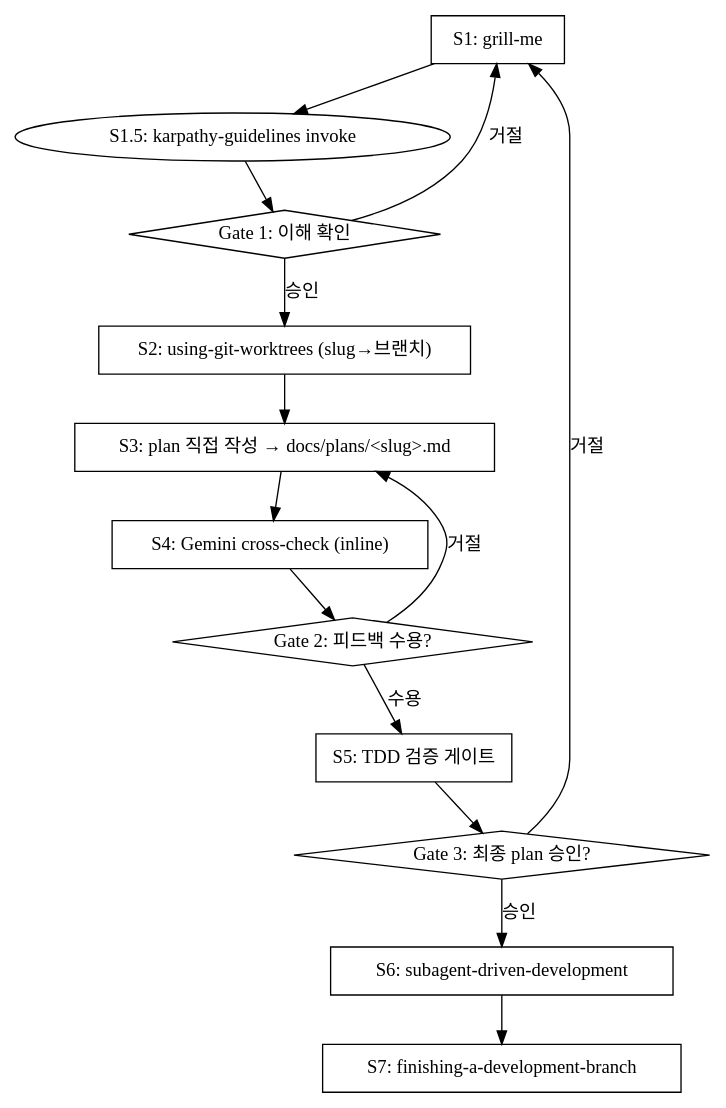
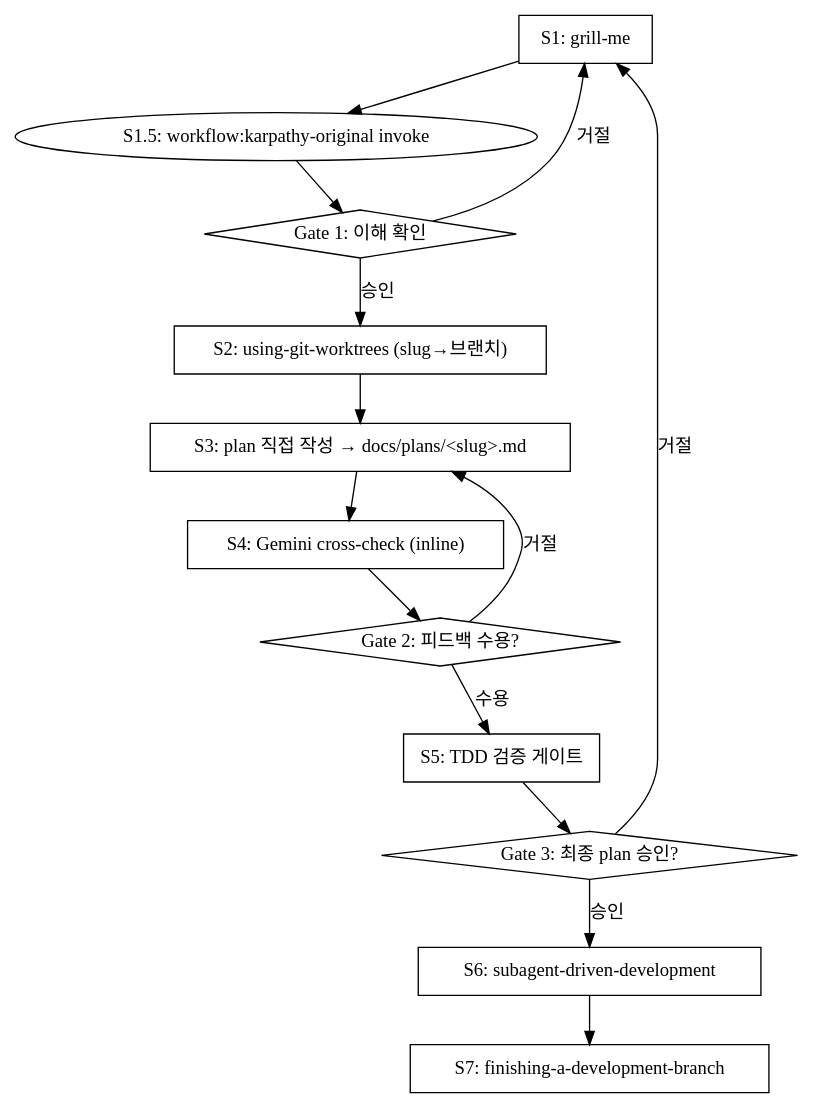
Before and after one commit to ppzxc/engineering-guidelines: the diagram in plugins/workflow/skills/feature-pipeline/SKILL.md, drawn with Graphviz. The commit also changed other lines of this file and 10 other files, not shown here.

First line of the commit message:
feat(workflow): replace external karpathy dep with workflow:karpathy-original (verbatim 11 principles)

````diff
--- a/plugins/workflow/skills/feature-pipeline/SKILL.md
+++ b/plugins/workflow/skills/feature-pipeline/SKILL.md
@@ -35,29 +35,29 @@
 ```dot
 digraph pipeline {
     rankdir=TB;
     "S1: grill-me" [shape=box];
     "Gate 1: 이해 확인" [shape=diamond];
     "S2: using-git-worktrees (slug→브랜치)" [shape=box];
     "S3: plan 직접 작성 → docs/plans/<slug>.md" [shape=box];
     "S4: Gemini cross-check (inline)" [shape=box];
     "Gate 2: 피드백 수용?" [shape=diamond];
     "S5: TDD 검증 게이트" [shape=box];
     "Gate 3: 최종 plan 승인?" [shape=diamond];
     "S6: subagent-driven-development" [shape=box];
     "S7: finishing-a-development-branch" [shape=box];
 
-    "S1: grill-me" -> "S1.5: karpathy-guidelines invoke";
-    "S1.5: karpathy-guidelines invoke" -> "Gate 1: 이해 확인";
+    "S1: grill-me" -> "S1.5: workflow:karpathy-original invoke";
+    "S1.5: workflow:karpathy-original invoke" -> "Gate 1: 이해 확인";
     "Gate 1: 이해 확인" -> "S2: using-git-worktrees (slug→브랜치)" [label="승인"];
     "Gate 1: 이해 확인" -> "S1: grill-me" [label="거절"];
     "S2: using-git-worktrees (slug→브랜치)" -> "S3: plan 직접 작성 → docs/plans/<slug>.md";
     "S3: plan 직접 작성 → docs/plans/<slug>.md" -> "S4: Gemini cross-check (inline)";
     "S4: Gemini cross-check (inline)" -> "Gate 2: 피드백 수용?";
     "Gate 2: 피드백 수용?" -> "S3: plan 직접 작성 → docs/plans/<slug>.md" [label="거절"];
     "Gate 2: 피드백 수용?" -> "S5: TDD 검증 게이트" [label="수용"];
     "S5: TDD 검증 게이트" -> "Gate 3: 최종 plan 승인?";
     "Gate 3: 최종 plan 승인?" -> "S1: grill-me" [label="거절"];
     "Gate 3: 최종 plan 승인?" -> "S6: subagent-driven-development" [label="승인"];
     "S6: subagent-driven-development" -> "S7: finishing-a-development-branch";
 }
 ```
````
